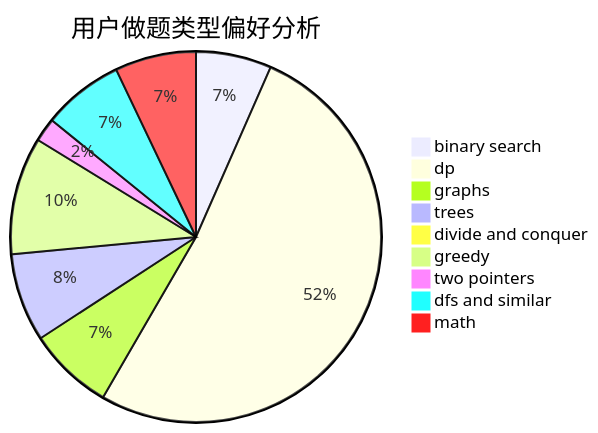
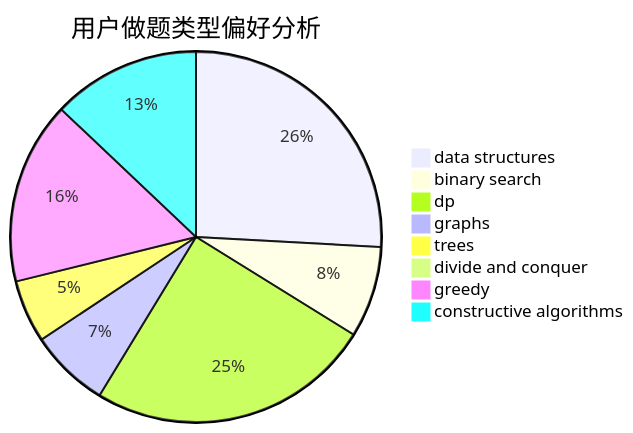
The second of 3 diagrams in docs/user/u1275.md (sherpahu/cfrs.github.io), drawn with Mermaid before and after one commit. The commit also changed other lines of this file and 2775 other files, not shown here.

````diff
--- a/docs/user/u1275.md
+++ b/docs/user/u1275.md
@@ -23,12 +23,11 @@
 ```mermaid
 pie title 用户做题类型偏好分析
-    "binary search" :  54
-    "dp" :  424
-    "graphs" :  61
-    "trees" :  63
+    "data structures" :  52
+    "binary search" :  16
+    "dp" :  50
+    "graphs" :  14
+    "trees" :  11
     "divide and conquer" :  0
-    "greedy" :  84
-    "two pointers" :  17
-    "dfs and similar" :  58
-    "math" :  58
+    "greedy" :  32
+    "constructive algorithms" :  26
 ```
````
